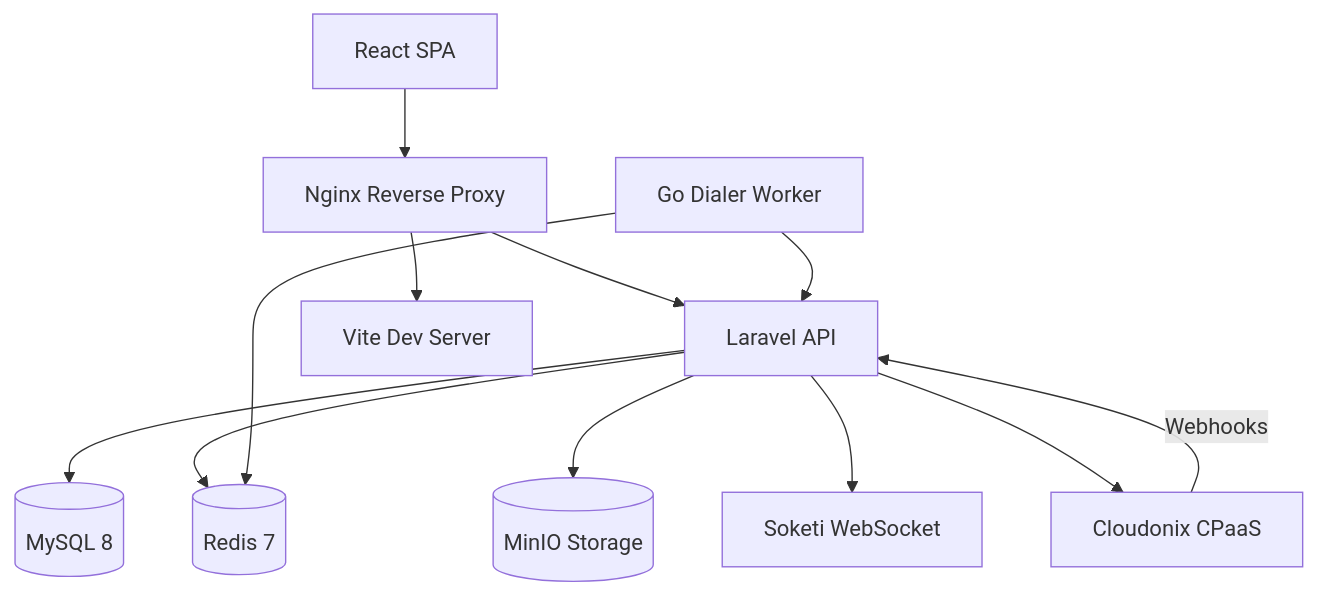
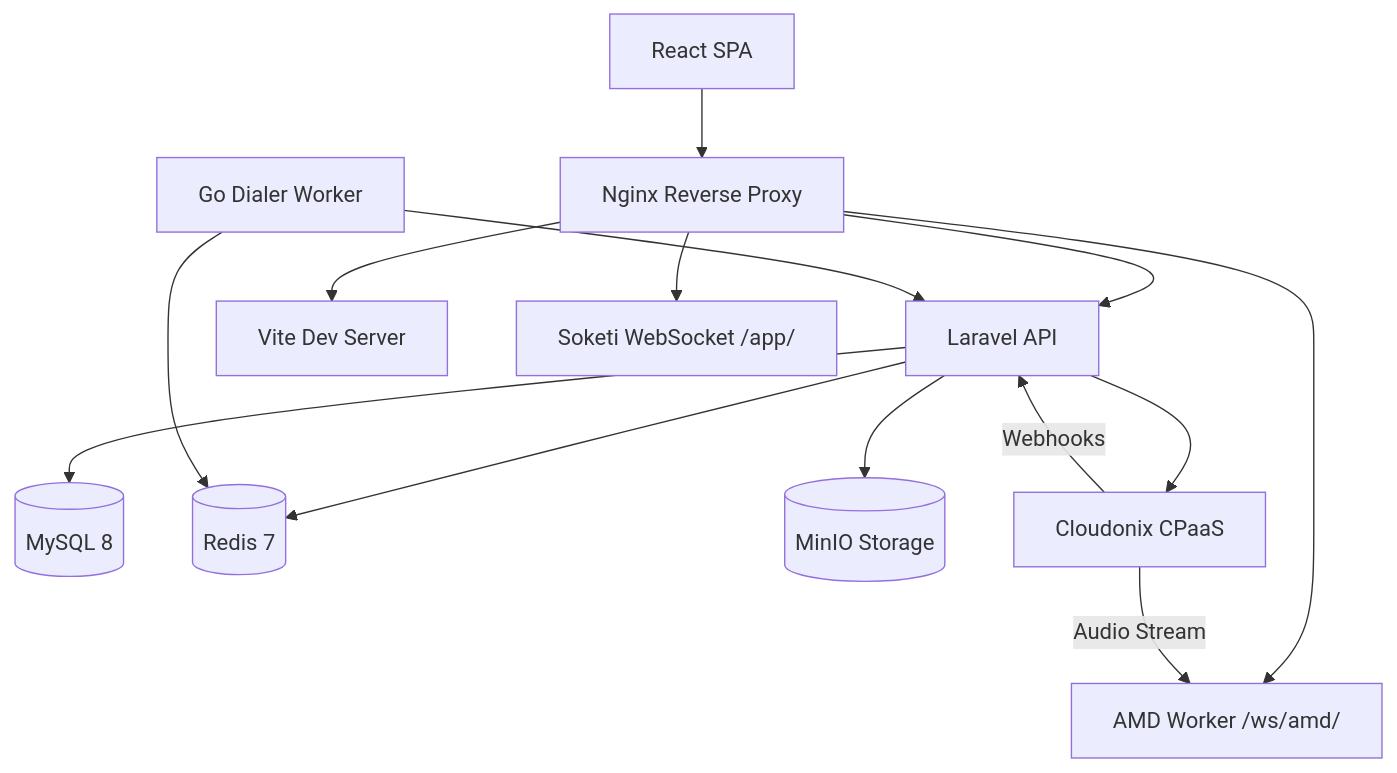
Before and after one commit to greenfieldtech-nirs/opbx: the diagram in docs/opbx-userguide/index.mdx, drawn with Mermaid. The commit also changed other lines of this file and 109 other files, not shown here.

````diff
--- a/docs/opbx-userguide/index.mdx
+++ b/docs/opbx-userguide/index.mdx
@@ -39,14 +34,16 @@
 ```mermaid
 graph TB
     Browser[React SPA] --> Nginx[Nginx Reverse Proxy]
     Nginx --> Laravel[Laravel API]
     Nginx --> Frontend[Vite Dev Server]
+    Nginx --> Soketi[Soketi WebSocket /app/]
+    Nginx --> AMD[AMD Worker /ws/amd/]
     Laravel --> MySQL[(MySQL 8)]
     Laravel --> Redis[(Redis 7)]
     Laravel --> MinIO[(MinIO Storage)]
-    Laravel --> Soketi[Soketi WebSocket]
     Laravel --> Cloudonix[Cloudonix CPaaS]
     GoWorker[Go Dialer Worker] --> Laravel
     GoWorker --> Redis
     Cloudonix --> |Webhooks| Laravel
+    Cloudonix --> |Audio Stream| AMD
 ```
````
